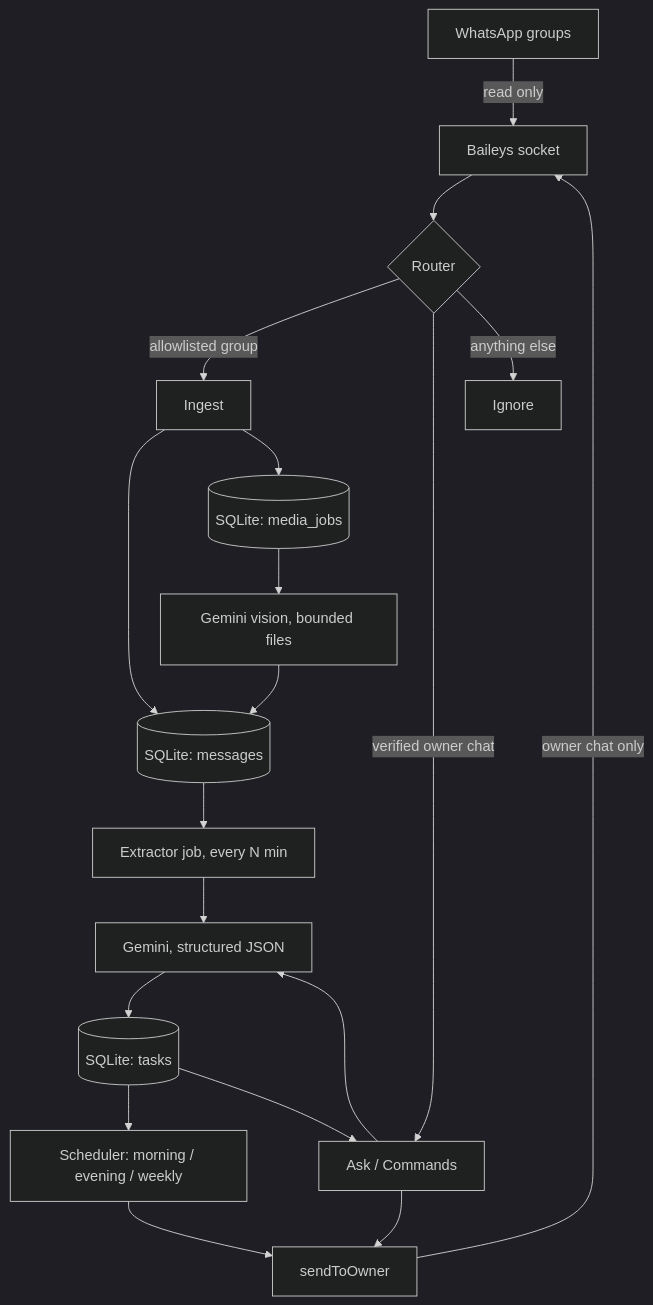
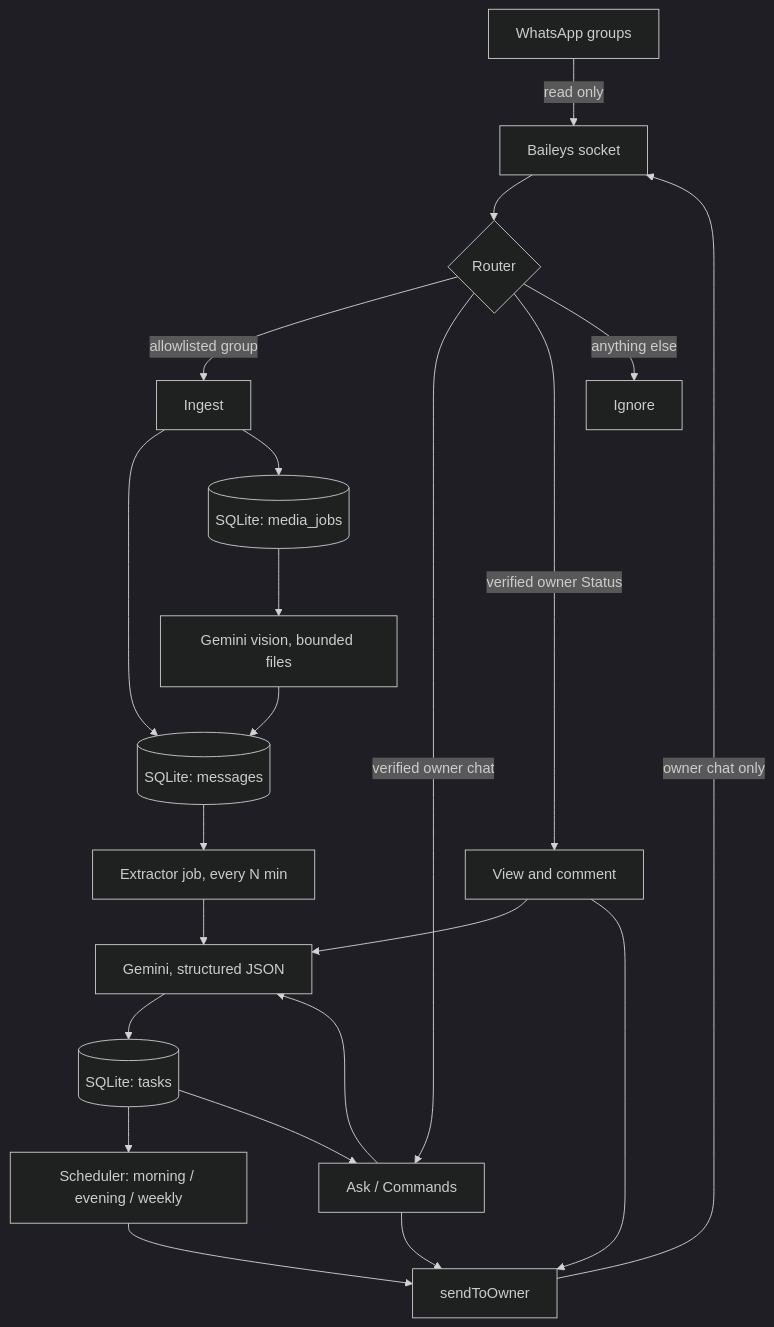
One commit to Coding-Moves/maya-assistant changed the diagram in ARCHITECTURE.md. Above: the diagram before and after it, drawn with Mermaid (dark theme). The commit also changed other lines of this file and 8 other files, not shown here.

Commit message:
feat: privately comment on owner WhatsApp Status

````diff
--- a/ARCHITECTURE.md
+++ b/ARCHITECTURE.md
@@ -14,21 +14,24 @@
 ```mermaid
 flowchart TD
     G[WhatsApp groups] -->|read only| W[Baileys socket]
     W --> R{Router}
     R -->|allowlisted group| I[Ingest]
     R -->|verified owner chat| Q[Ask / Commands]
+    R -->|verified owner Status| ST[View and comment]
     R -->|anything else| X[Ignore]
     I --> DB[(SQLite: messages)]
     I --> MQ[(SQLite: media_jobs)]
     MQ --> MV[Gemini vision, bounded files]
     MV --> DB
     DB --> E[Extractor job, every N min]
     E --> AI[Gemini, structured JSON]
     AI --> T[(SQLite: tasks)]
     T --> S[Scheduler: morning / evening / weekly]
     T --> Q
     Q --> AI
+    ST --> AI
     S --> O[sendToOwner]
     Q --> O
+    ST --> O
     O -->|owner chat only| W
 ```
````
